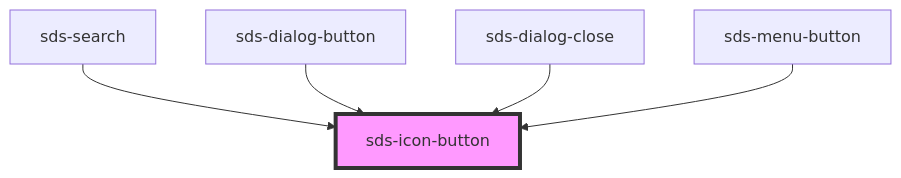
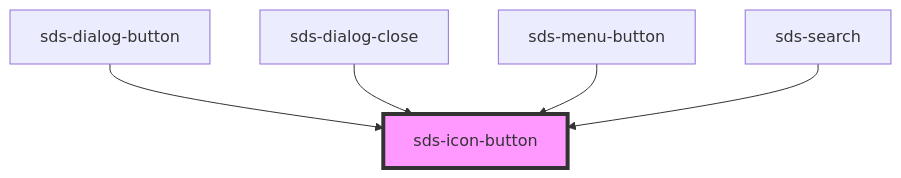
Before and after one commit to chodgesfigma/sds-mono: the diagram in packages/sds-web-components/src/ui/primitives/button/sds-icon-button/readme.md, drawn with Mermaid. The commit also changed other lines of this file and 5 other files, not shown here.

````diff
--- a/packages/sds-web-components/src/ui/primitives/button/sds-icon-button/readme.md
+++ b/packages/sds-web-components/src/ui/primitives/button/sds-icon-button/readme.md
@@ -26,8 +27,8 @@
 ```mermaid
 graph TD;
-  sds-search --> sds-icon-button
   sds-dialog-button --> sds-icon-button
   sds-dialog-close --> sds-icon-button
   sds-menu-button --> sds-icon-button
+  sds-search --> sds-icon-button
   style sds-icon-button fill:#f9f,stroke:#333,stroke-width:4px
 ```
````
